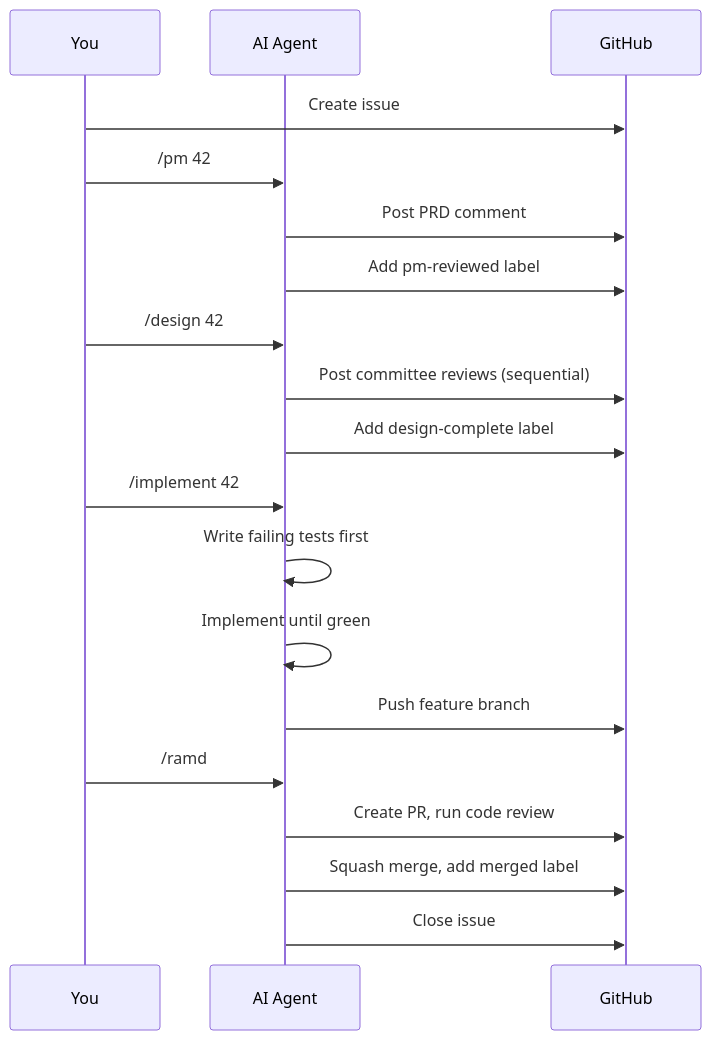
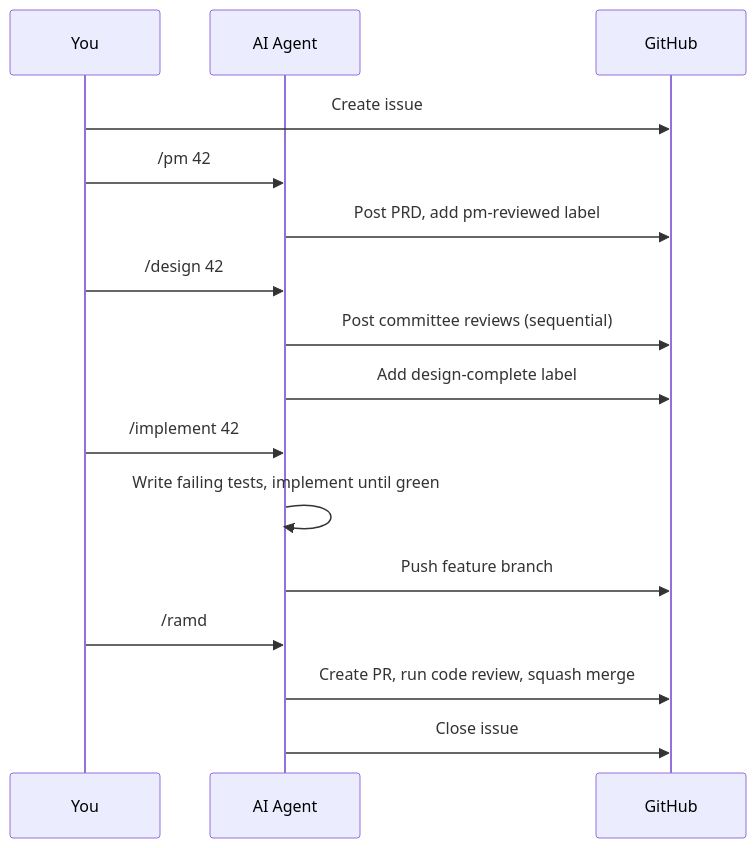
The diagram in docs/getting-started.md (suniljames/directives), drawn with Mermaid before and after one commit. The commit also changed other lines of this file and 2 other files, not shown here.

````diff
--- a/docs/getting-started.md
+++ b/docs/getting-started.md
@@ -125,22 +119,19 @@
 ```mermaid
 sequenceDiagram
     participant You
     participant AI as AI Agent
     participant GH as GitHub
 
     You->>GH: Create issue
     You->>AI: /pm 42
-    AI->>GH: Post PRD comment
-    AI->>GH: Add pm-reviewed label
+    AI->>GH: Post PRD, add pm-reviewed label
     You->>AI: /design 42
     AI->>GH: Post committee reviews (sequential)
     AI->>GH: Add design-complete label
     You->>AI: /implement 42
-    AI->>AI: Write failing tests first
-    AI->>AI: Implement until green
+    AI->>AI: Write failing tests, implement until green
     AI->>GH: Push feature branch
     You->>AI: /ramd
-    AI->>GH: Create PR, run code review
-    AI->>GH: Squash merge, add merged label
+    AI->>GH: Create PR, run code review, squash merge
     AI->>GH: Close issue
 ```
````
